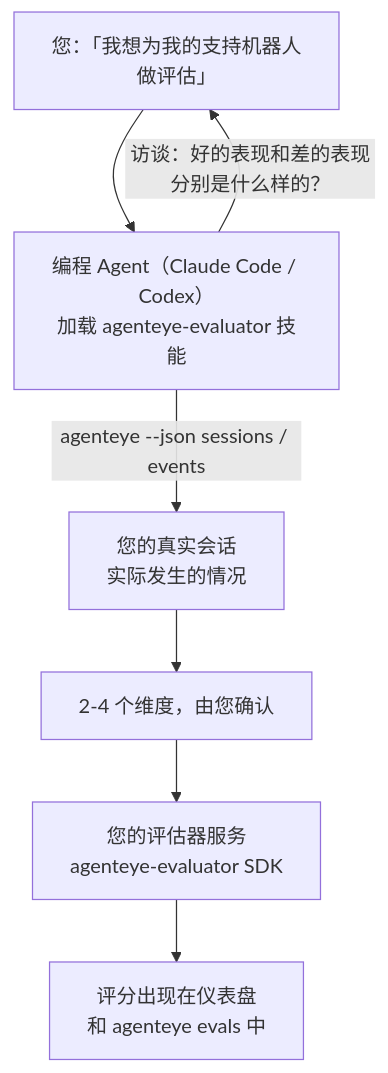
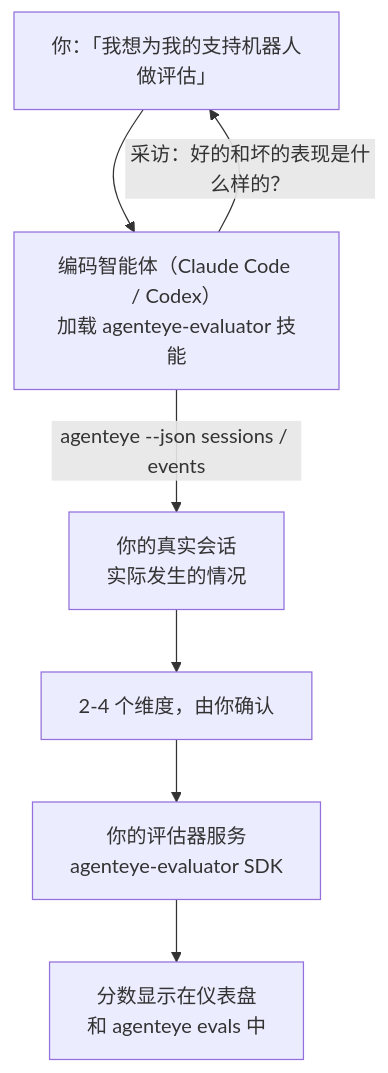
The diagram in docs/zh/agenteye/evaluator-skill.mdx (FailproofAI/failproofai), drawn with Mermaid before and after one commit. The commit also changed other lines of this file and 678 other files, not shown here.

````diff
--- a/docs/zh/agenteye/evaluator-skill.mdx
+++ b/docs/zh/agenteye/evaluator-skill.mdx
@@ -21,9 +21,9 @@
 ```mermaid
 flowchart TD
-    YOU["您：「我想为我的支持机器人做评估」"] --> AGENT["编程 Agent（Claude Code / Codex）<br/>加载 agenteye-evaluator 技能"]
-    AGENT -->|"访谈：好的表现和差的表现分别是什么样的？"| YOU
-    AGENT -->|"agenteye --json sessions / events"| DATA["您的真实会话<br/>实际发生的情况"]
-    DATA --> DIMS["2-4 个维度，由您确认"]
-    DIMS --> SVC["您的评估器服务<br/>agenteye-evaluator SDK"]
-    SVC --> SCORES["评分出现在仪表盘<br/>和 agenteye evals 中"]
+    YOU["你：「我想为我的支持机器人做评估」"] --> AGENT["编码智能体（Claude Code / Codex）<br/>加载 agenteye-evaluator 技能"]
+    AGENT -->|"采访：好的和坏的表现是什么样的？"| YOU
+    AGENT -->|"agenteye --json sessions / events"| DATA["你的真实会话<br/>实际发生的情况"]
+    DATA --> DIMS["2-4 个维度，由你确认"]
+    DIMS --> SVC["你的评估器服务<br/>agenteye-evaluator SDK"]
+    SVC --> SCORES["分数显示在仪表盘<br/>和 agenteye evals 中"]
 ```
````
